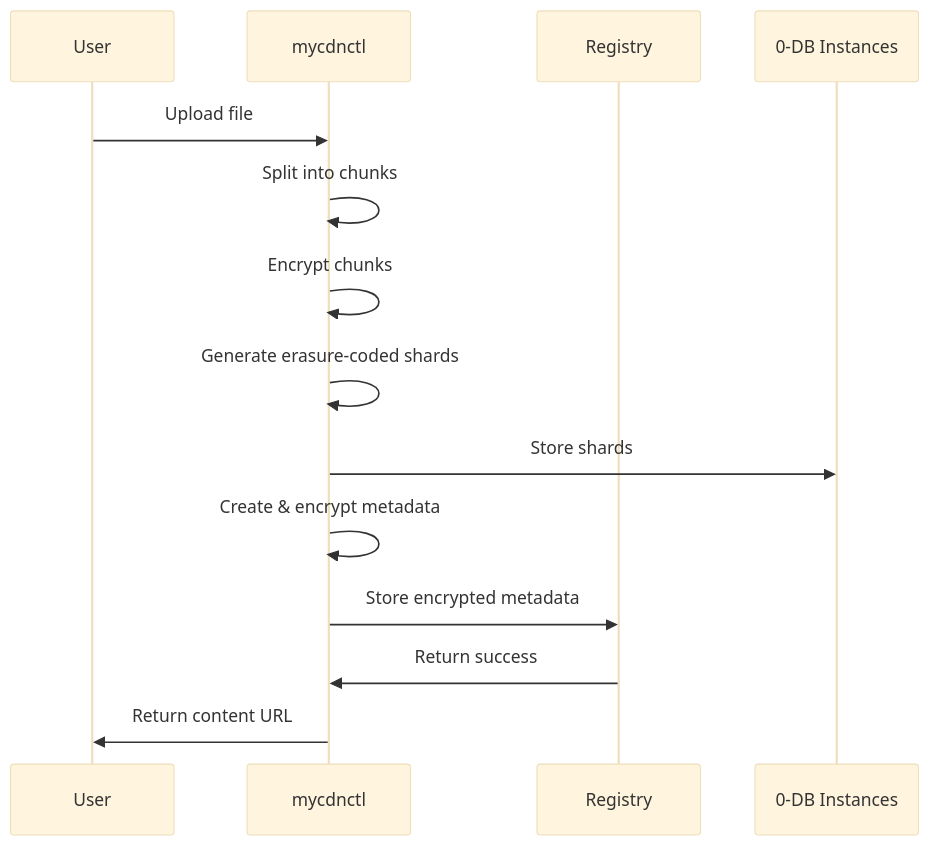
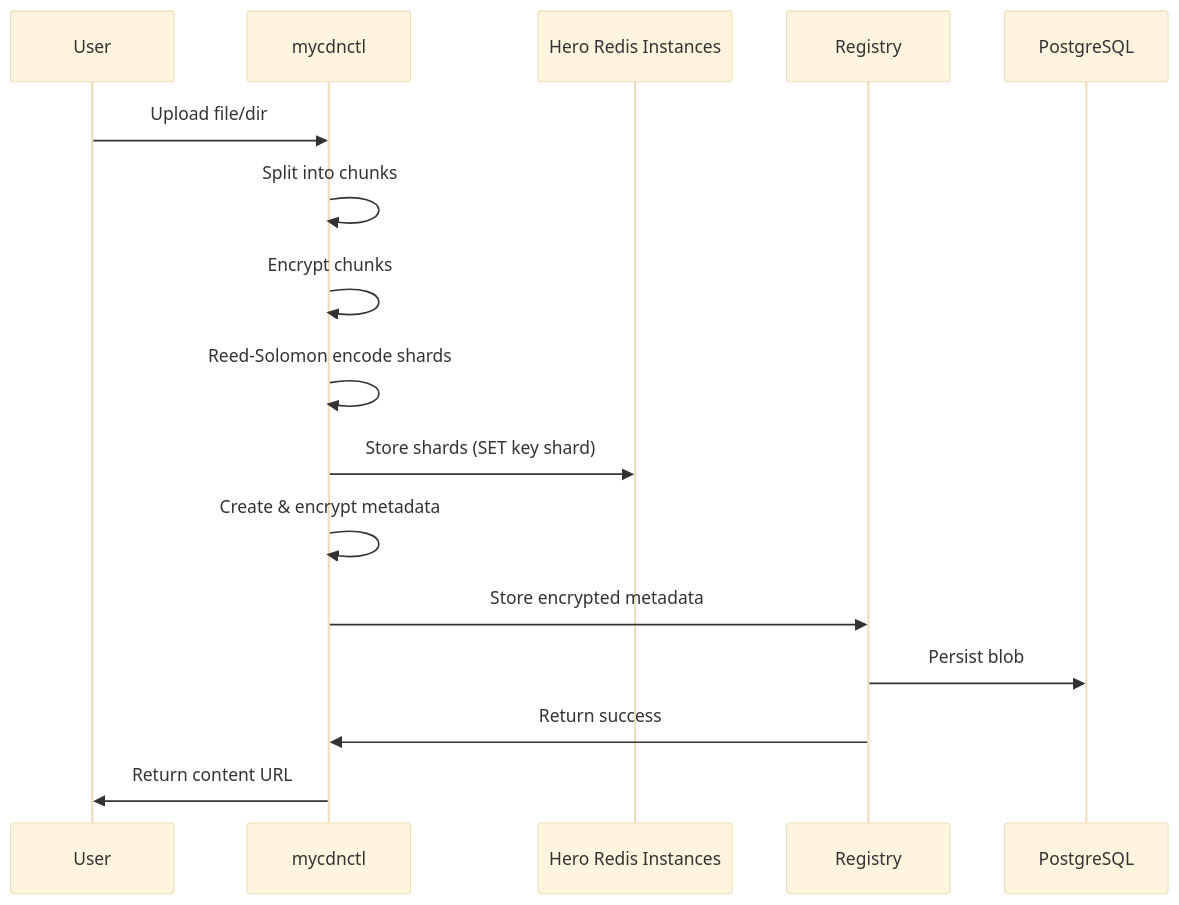
One commit to threefoldtech/mycelium-cdn-registry changed the second of 3 diagrams in docs/README.md. Above: the diagram before and after it, drawn with Mermaid (base theme). The commit also changed other lines of this file and 14 other files, not shown here.

Commit message:
Change 0-db implementation to hero_redis

````diff
--- a/docs/README.md
+++ b/docs/README.md
@@ -44,17 +51,19 @@
 ```mermaid
 sequenceDiagram
     participant User
     participant mycdnctl
+    participant HeroRedis as Hero Redis Instances
     participant Registry
-    participant ZDB as 0-DB Instances
-    
-    User->>mycdnctl: Upload file
+    participant PostgreSQL
+
+    User->>mycdnctl: Upload file/dir
     mycdnctl->>mycdnctl: Split into chunks
     mycdnctl->>mycdnctl: Encrypt chunks
-    mycdnctl->>mycdnctl: Generate erasure-coded shards
-    mycdnctl->>ZDB: Store shards
+    mycdnctl->>mycdnctl: Reed-Solomon encode shards
+    mycdnctl->>HeroRedis: Store shards (SET key shard)
     mycdnctl->>mycdnctl: Create & encrypt metadata
     mycdnctl->>Registry: Store encrypted metadata
+    Registry->>PostgreSQL: Persist blob
     Registry->>mycdnctl: Return success
     mycdnctl->>User: Return content URL
 ```
````
